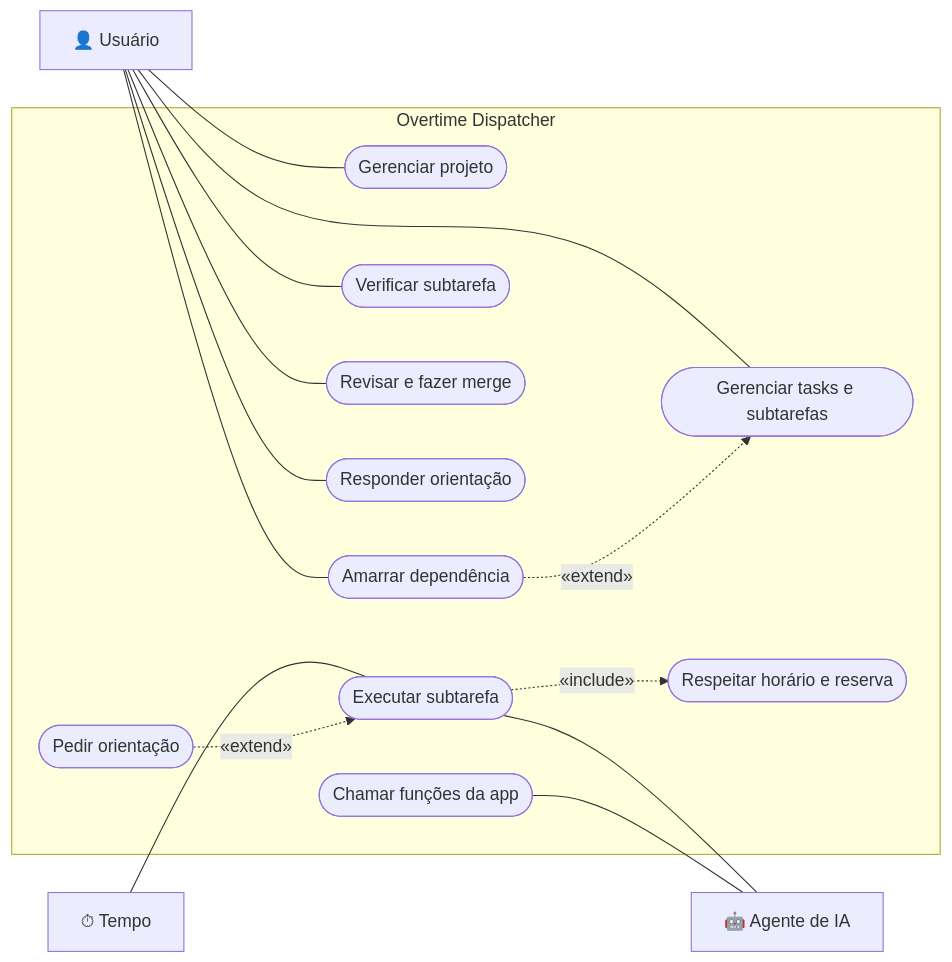
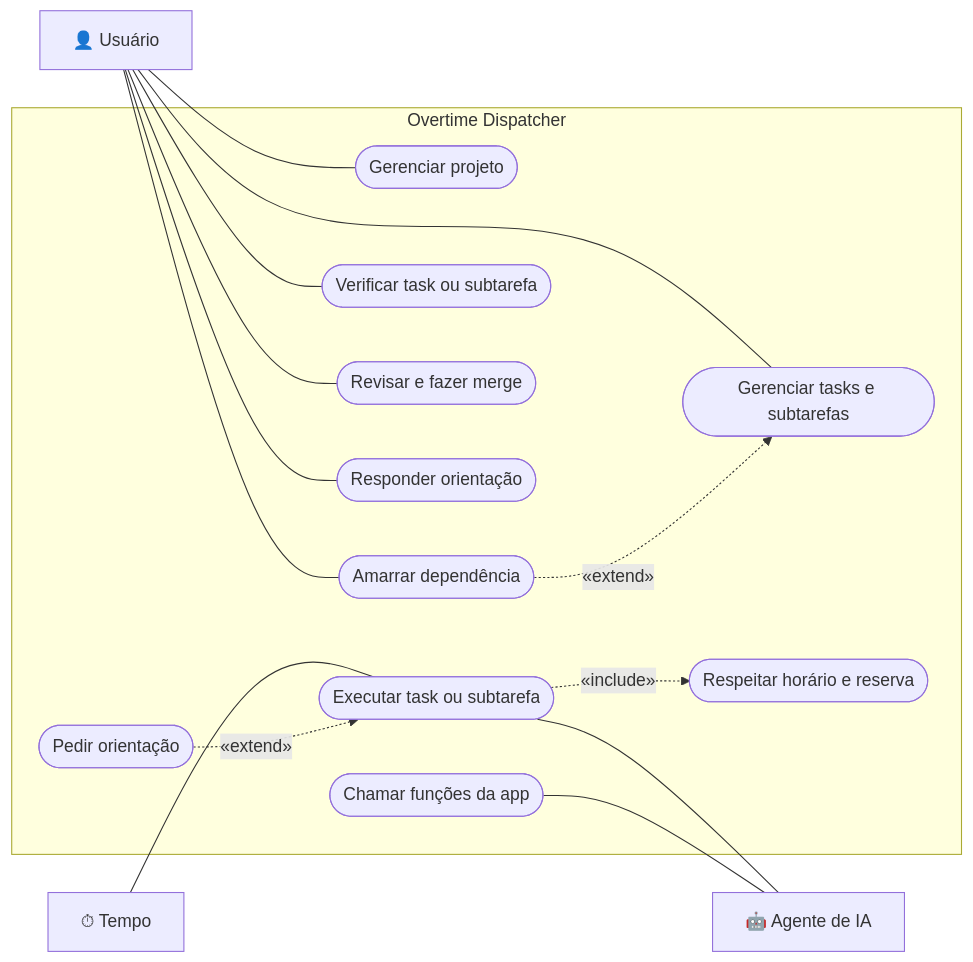
One commit to luanfrombrazil/overtime-dispatcher changed the second of 5 diagrams in docs/diagramas.md. Above: the diagram before and after it, drawn with Mermaid. The commit also changed other lines of this file and 8 other files, not shown here.

````diff
--- a/docs/diagramas.md
+++ b/docs/diagramas.md
@@ -144,35 +147,35 @@
 ```mermaid
 flowchart LR
     usuario["👤 Usuário"]
     tempo["⏱ Tempo"]
 
     subgraph sistema["Overtime Dispatcher"]
         uc1(["Gerenciar projeto"])
         uc2(["Gerenciar tasks e subtarefas"])
         uc3(["Amarrar dependência"])
-        uc4(["Verificar subtarefa"])
+        uc4(["Verificar task ou subtarefa"])
         uc5(["Revisar e fazer merge"])
         uc6(["Responder orientação"])
-        uc7(["Executar subtarefa"])
+        uc7(["Executar task ou subtarefa"])
         uc8(["Respeitar horário e reserva"])
         uc9(["Pedir orientação"])
         uc10(["Chamar funções da app"])
     end
 
     agente["🤖 Agente de IA"]
 
     usuario --- uc1
     usuario --- uc2
     usuario --- uc3
     usuario --- uc4
     usuario --- uc5
     usuario --- uc6
     tempo --- uc7
 
     uc7 --- agente
     uc10 --- agente
 
     uc7 -. "«include»" .-> uc8
     uc9 -. "«extend»" .-> uc7
     uc3 -. "«extend»" .-> uc2
 ```
````
